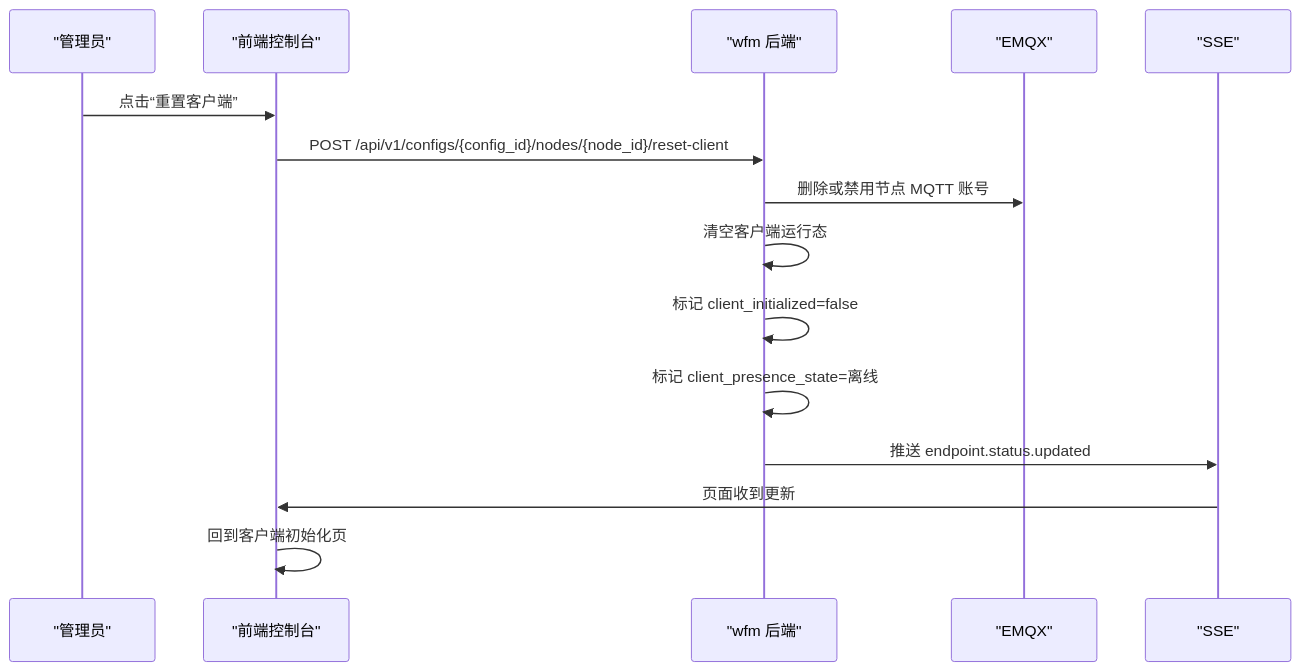
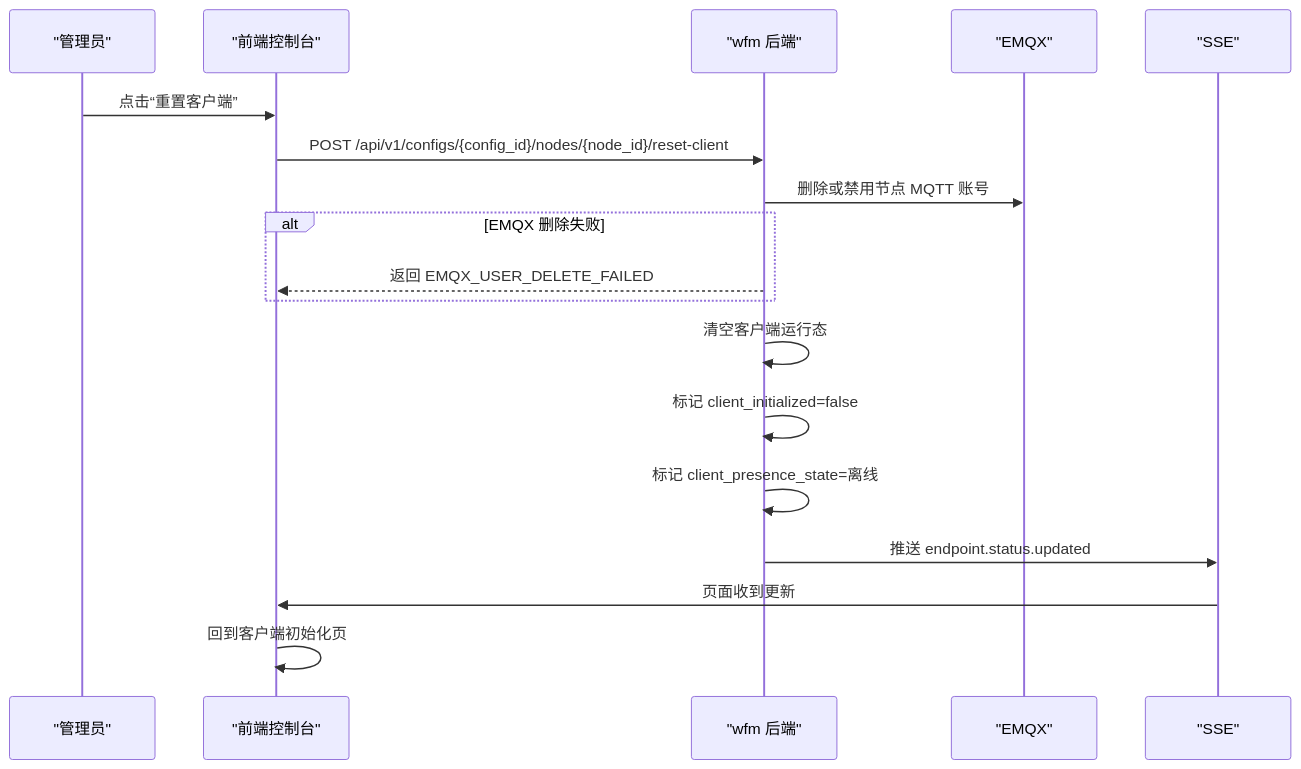
The fifth of 6 diagrams in docs/客户端接入时序设计.md (xinghenLuyus/wg-free-mesh), drawn with Mermaid before and after one commit. The commit also changed 81 other files, not shown here.

````diff
--- a/docs/客户端接入时序设计.md
+++ b/docs/客户端接入时序设计.md
@@ -114,18 +114,21 @@
 ```mermaid
 sequenceDiagram
     participant U as "管理员"
     participant F as "前端控制台"
     participant B as "wfm 后端"
     participant E as "EMQX"
     participant S as "SSE"
 
     U->>F: 点击“重置客户端”
     F->>B: POST /api/v1/configs/{config_id}/nodes/{node_id}/reset-client
     B->>E: 删除或禁用节点 MQTT 账号
+    alt EMQX 删除失败
+        B-->>F: 返回 EMQX_USER_DELETE_FAILED
+    end
     B->>B: 清空客户端运行态
     B->>B: 标记 client_initialized=false
     B->>B: 标记 client_presence_state=离线
     B->>S: 推送 endpoint.status.updated
     S->>F: 页面收到更新
     F->>F: 回到客户端初始化页
 ```
````
